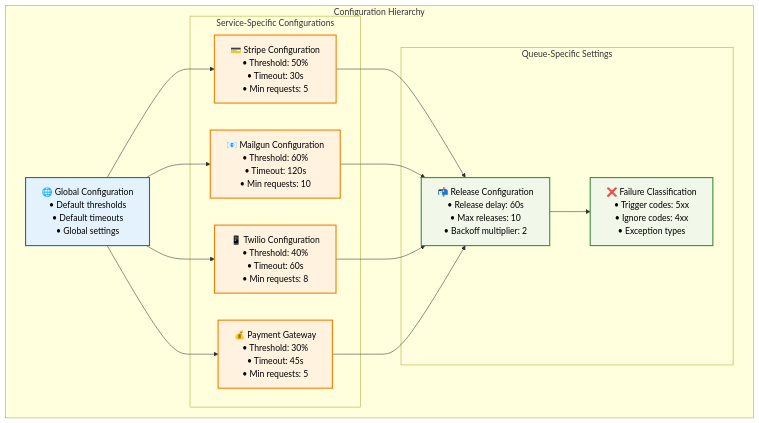
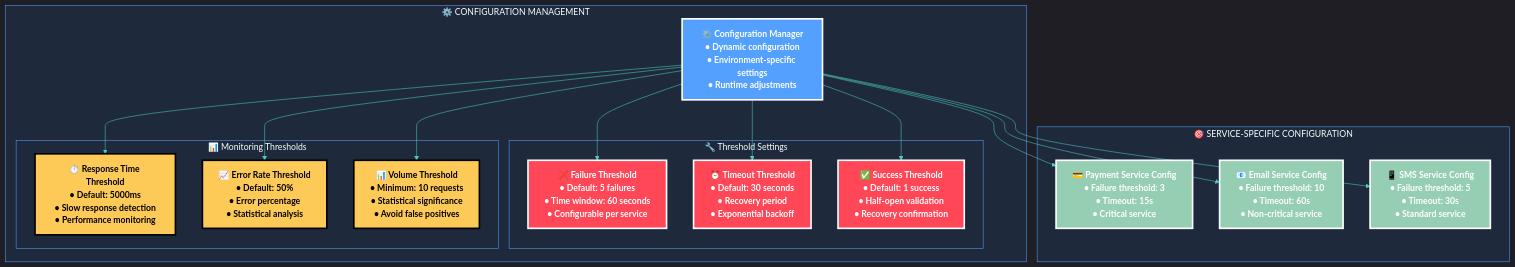
Before and after one commit to abdoElHodaky/larvrevrstender: the third of 3 diagrams in diagrams/circuit-breaker-architecture.md, drawn with Mermaid. The commit also changed other lines of this file and 1 other file, not shown here.

First line of the commit message:
fix: Update data flow diagram styling and recreate circuit breaker architecture

````diff
--- a/diagrams/circuit-breaker-architecture.md
+++ b/diagrams/circuit-breaker-architecture.md
@@ -317,38 +191,67 @@
 ```mermaid
+%%{init: {
+  'theme': 'dark',
+  'themeVariables': {
+    'primaryColor': '#54A0FF',
+    'primaryTextColor': '#FFFFFF',
+    'primaryBorderColor': '#7BB3FF',
+    'lineColor': '#4ECDC4',
+    'secondaryColor': '#45B7D1',
+    'tertiaryColor': '#96CEB4',
+    'background': '#0F172A',
+    'mainBkg': '#1E293B',
+    'secondBkg': '#334155',
+    'tertiaryBkg': '#475569',
+    'clusterBkg': '#1E293B',
+    'clusterBorder': '#54A0FF',
+    'edgeLabelBackground': '#334155',
+    'nodeTextColor': '#FFFFFF',
+    'edgeColor': '#4ECDC4'
+  }
+}}%%
+
 graph TB
-    subgraph "Configuration Hierarchy"
-        GLOBAL_CONFIG[🌐 Global Configuration<br/>• Default thresholds<br/>• Default timeouts<br/>• Global settings]
+    subgraph "⚙️ CONFIGURATION MANAGEMENT"
+        CONFIG_MANAGER[⚙️ Configuration Manager<br/>• Dynamic configuration<br/>• Environment-specific settings<br/>• Runtime adjustments]
         
-        subgraph "Service-Specific Configurations"
-            STRIPE_CONFIG[💳 Stripe Configuration<br/>• Threshold: 50%<br/>• Timeout: 30s<br/>• Min requests: 5]
-            MAILGUN_CONFIG[📧 Mailgun Configuration<br/>• Threshold: 60%<br/>• Timeout: 120s<br/>• Min requests: 10]
-            TWILIO_CONFIG[📱 Twilio Configuration<br/>• Threshold: 40%<br/>• Timeout: 60s<br/>• Min requests: 8]
-            PAYMENT_CONFIG[💰 Payment Gateway<br/>• Threshold: 30%<br/>• Timeout: 45s<br/>• Min requests: 5]
+        subgraph "🔧 Threshold Settings"
+            FAILURE_THRESHOLD[❌ Failure Threshold<br/>• Default: 5 failures<br/>• Time window: 60 seconds<br/>• Configurable per service]
+            TIMEOUT_THRESHOLD[⏰ Timeout Threshold<br/>• Default: 30 seconds<br/>• Recovery period<br/>• Exponential backoff]
+            SUCCESS_THRESHOLD[✅ Success Threshold<br/>• Default: 1 success<br/>• Half-open validation<br/>• Recovery confirmation]
         end
         
-        subgraph "Queue-Specific Settings"
-            RELEASE_CONFIG[📬 Release Configuration<br/>• Release delay: 60s<br/>• Max releases: 10<br/>• Backoff multiplier: 2]
-            FAILURE_CONFIG[❌ Failure Classification<br/>• Trigger codes: 5xx<br/>• Ignore codes: 4xx<br/>• Exception types]
+        subgraph "📊 Monitoring Thresholds"
+            RESPONSE_TIME[⏱️ Response Time Threshold<br/>• Default: 5000ms<br/>• Slow response detection<br/>• Performance monitoring]
+            ERROR_RATE[📈 Error Rate Threshold<br/>• Default: 50%<br/>• Error percentage<br/>• Statistical analysis]
+            VOLUME_THRESHOLD[📊 Volume Threshold<br/>• Minimum: 10 requests<br/>• Statistical significance<br/>• Avoid false positives]
         end
     end
 
-    GLOBAL_CONFIG --> STRIPE_CONFIG
-    GLOBAL_CONFIG --> MAILGUN_CONFIG
-    GLOBAL_CONFIG --> TWILIO_CONFIG
-    GLOBAL_CONFIG --> PAYMENT_CONFIG
-    
-    STRIPE_CONFIG --> RELEASE_CONFIG
-    MAILGUN_CONFIG --> RELEASE_CONFIG
-    TWILIO_CONFIG --> RELEASE_CONFIG
-    PAYMENT_CONFIG --> RELEASE_CONFIG
-    
-    RELEASE_CONFIG --> FAILURE_CONFIG
+    subgraph "🎯 SERVICE-SPECIFIC CONFIGURATION"
+        PAYMENT_CONFIG[💳 Payment Service Config<br/>• Failure threshold: 3<br/>• Timeout: 15s<br/>• Critical service]
+        EMAIL_CONFIG[📧 Email Service Config<br/>• Failure threshold: 10<br/>• Timeout: 60s<br/>• Non-critical service]
+        SMS_CONFIG[📱 SMS Service Config<br/>• Failure threshold: 5<br/>• Timeout: 30s<br/>• Standard service]
+    end
 
-    classDef globalStyle fill:#e3f2fd,stroke:#1565c0,stroke-width:2px,color:#000
-    classDef serviceStyle fill:#fff3e0,stroke:#f57c00,stroke-width:2px,color:#000
-    classDef queueStyle fill:#f1f8e9,stroke:#388e3c,stroke-width:2px,color:#000
+    CONFIG_MANAGER --> FAILURE_THRESHOLD
+    CONFIG_MANAGER --> TIMEOUT_THRESHOLD
+    CONFIG_MANAGER --> SUCCESS_THRESHOLD
+    CONFIG_MANAGER --> RESPONSE_TIME
+    CONFIG_MANAGER --> ERROR_RATE
+    CONFIG_MANAGER --> VOLUME_THRESHOLD
 
-    class GLOBAL_CONFIG globalStyle
-    class STRIPE_CONFIG,MAILGUN_CONFIG,TWILIO_CONFIG,PAYMENT_CONFIG serviceStyle
-    class RELEASE_CONFIG,FAILURE_CONFIG queueStyle
+    CONFIG_MANAGER --> PAYMENT_CONFIG
+    CONFIG_MANAGER --> EMAIL_CONFIG
+    CONFIG_MANAGER --> SMS_CONFIG
+
+    %% Distinguished Eye-Catching Styling
+    classDef configStyle fill:#54A0FF,stroke:#FFFFFF,stroke-width:3px,color:#FFFFFF,font-weight:bold
+    classDef thresholdStyle fill:#FF4757,stroke:#FFFFFF,stroke-width:3px,color:#FFFFFF,font-weight:bold
+    classDef monitoringStyle fill:#FECA57,stroke:#000000,stroke-width:3px,color:#000000,font-weight:bold
+    classDef serviceStyle fill:#96CEB4,stroke:#FFFFFF,stroke-width:3px,color:#FFFFFF,font-weight:bold
+
+    class CONFIG_MANAGER configStyle
+    class FAILURE_THRESHOLD,TIMEOUT_THRESHOLD,SUCCESS_THRESHOLD thresholdStyle
+    class RESPONSE_TIME,ERROR_RATE,VOLUME_THRESHOLD monitoringStyle
+    class PAYMENT_CONFIG,EMAIL_CONFIG,SMS_CONFIG serviceStyle
 ```
````
